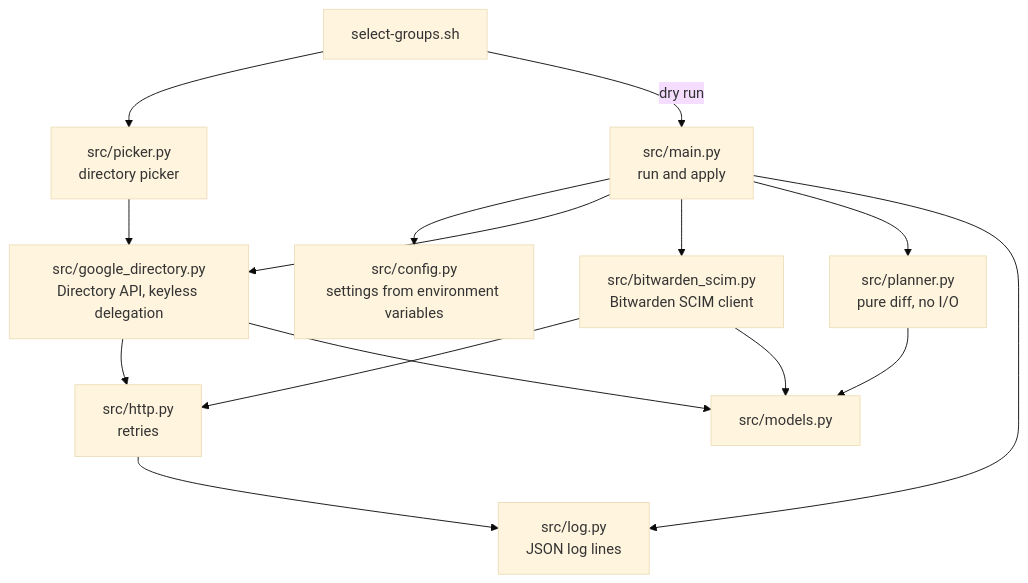
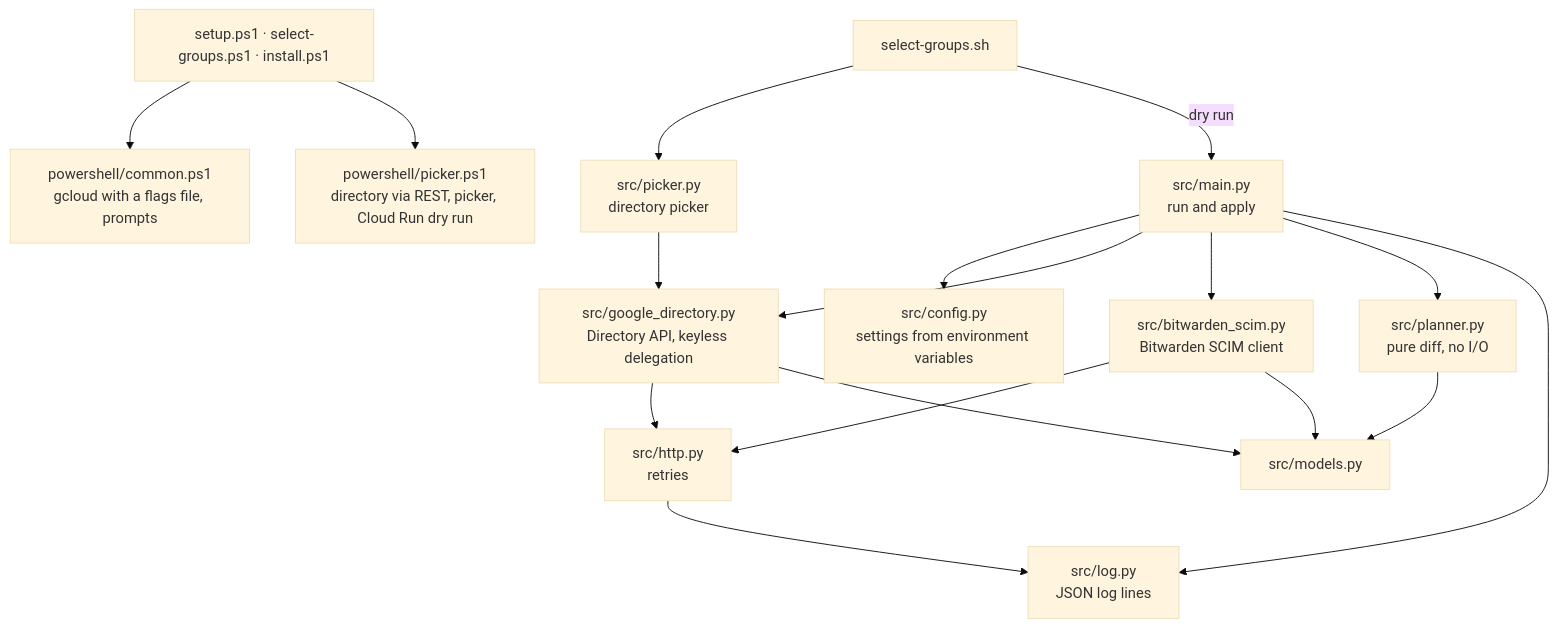
Before and after one commit to bitwarden-labs/bw-gws-scim-sync: the seventh of 8 diagrams in docs/ARCHITECTURE.md, drawn with Mermaid (base theme). The commit also changed other lines of this file and 31 other files, not shown here.

````diff
--- a/docs/ARCHITECTURE.md
+++ b/docs/ARCHITECTURE.md
@@ -158,17 +189,19 @@
 ```mermaid
 flowchart TB
+    PS1["setup.ps1 · select-groups.ps1 · install.ps1"] --> PSC["powershell/common.ps1<br/>gcloud with a flags file, prompts"]
+    PS1 --> PSP["powershell/picker.ps1<br/>directory via REST, picker, Cloud Run dry run"]
     SEL["select-groups.sh"] --> PICK["src/picker.py<br/>directory picker"]
     SEL -- "dry run" --> MAIN
     PICK --> GD
     MAIN["src/main.py<br/>run and apply"] --> CONFIG["src/config.py<br/>settings from environment variables"]
     MAIN --> GD["src/google_directory.py<br/>Directory API, keyless delegation"]
     MAIN --> SCIMC["src/bitwarden_scim.py<br/>Bitwarden SCIM client"]
     MAIN --> PLAN["src/planner.py<br/>pure diff, no I/O"]
     MAIN --> LOG["src/log.py<br/>JSON log lines"]
     GD --> HTTP["src/http.py<br/>retries"]
     SCIMC --> HTTP
     HTTP --> LOG
     GD --> MODELS["src/models.py"]
     SCIMC --> MODELS
     PLAN --> MODELS
 ```
````
